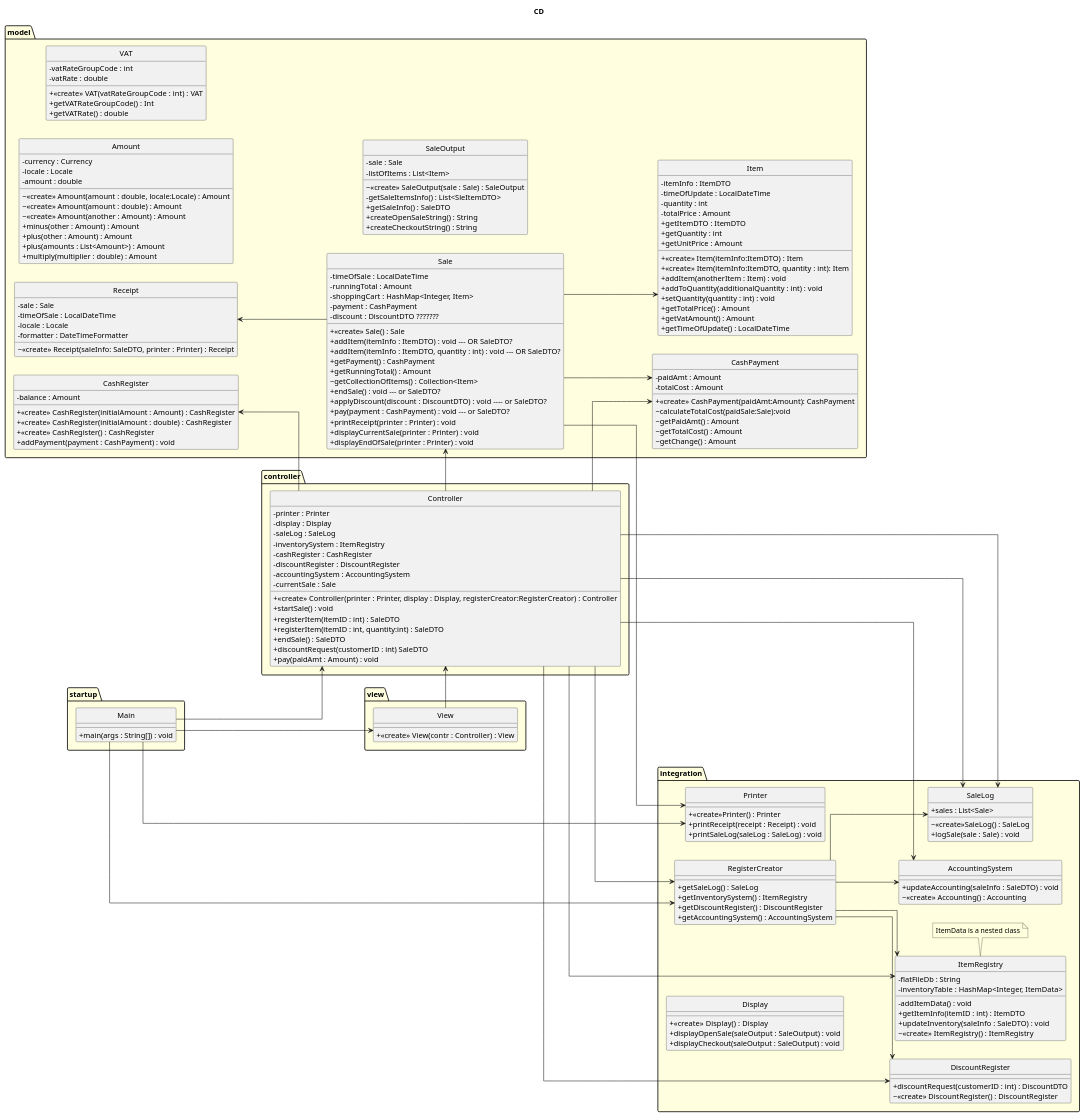
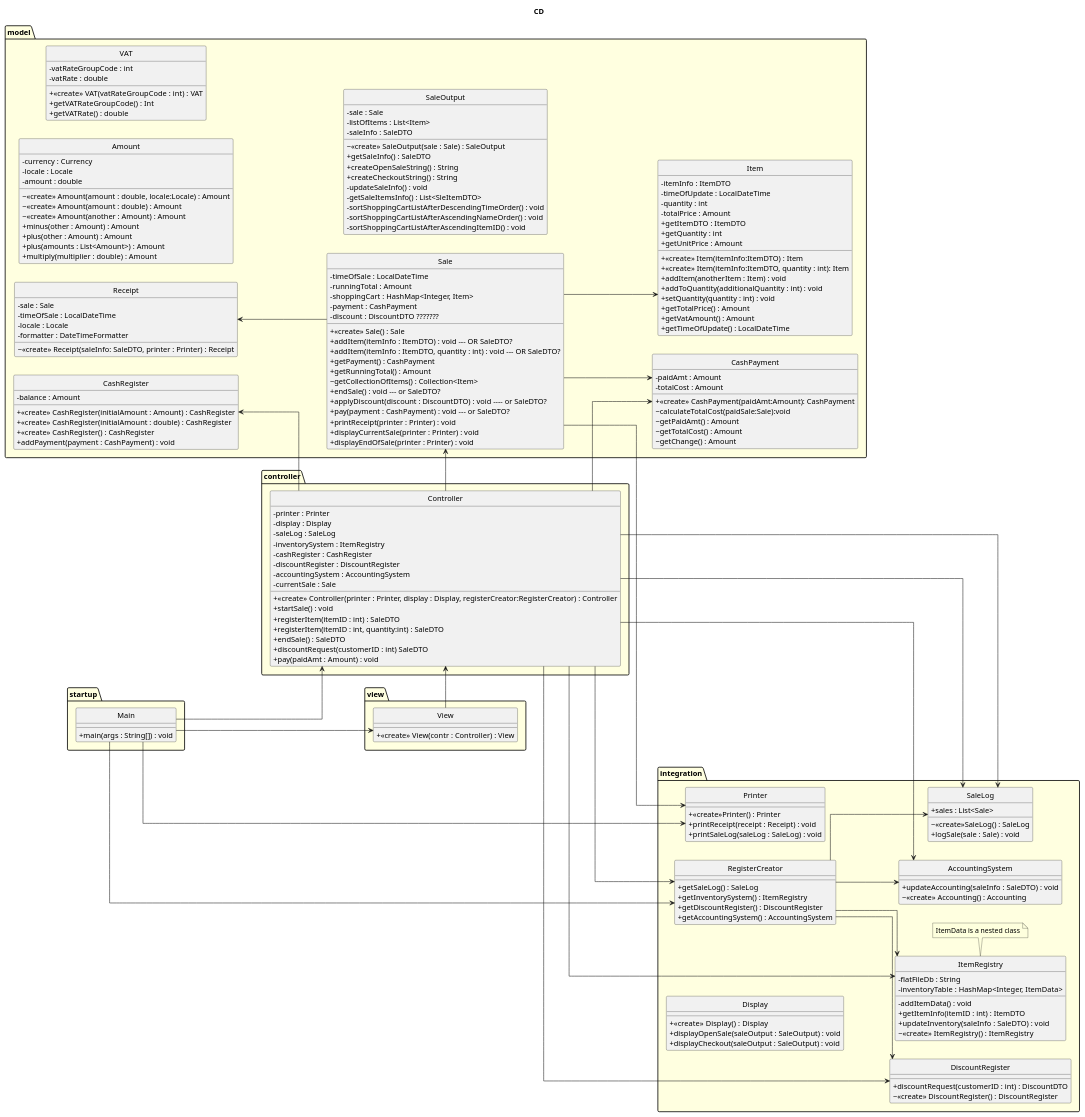
Before and after one commit to VincentFerrigan/kth-iv1350-object-oriented-design: the first of 8 diagrams in uml/uml_v3.puml, drawn with PlantUML. The commit also changed other lines of this file, not shown here.

Commit message:
Updating SaleOutput UML

```diff
--- a/uml/uml_v3.puml
+++ b/uml/uml_v3.puml
@@ -126,11 +126,16 @@
         class SaleOutput {
             - sale : Sale
             - listOfItems : List<Item>
+            - saleInfo : SaleDTO
             ~ <<create>> SaleOutput(sale : Sale) : SaleOutput
-            - getSaleItemsInfo() : List<SleItemDTO>
             + getSaleInfo() : SaleDTO
             + createOpenSaleString() : String
             + createCheckoutString() : String
+            - updateSaleInfo() : void
+            - getSaleItemsInfo() : List<SleItemDTO>
+            - sortShoppingCartListAfterDescendingTimeOrder() : void
+            - sortShoppingCartListAfterAscendingNameOrder() : void
+            - sortShoppingCartListAfterAscendingItemID() : void
 '           Ska getSaleInfo vara private eller packageprivate? Hur ska den användas externt?
         }
     }
```
